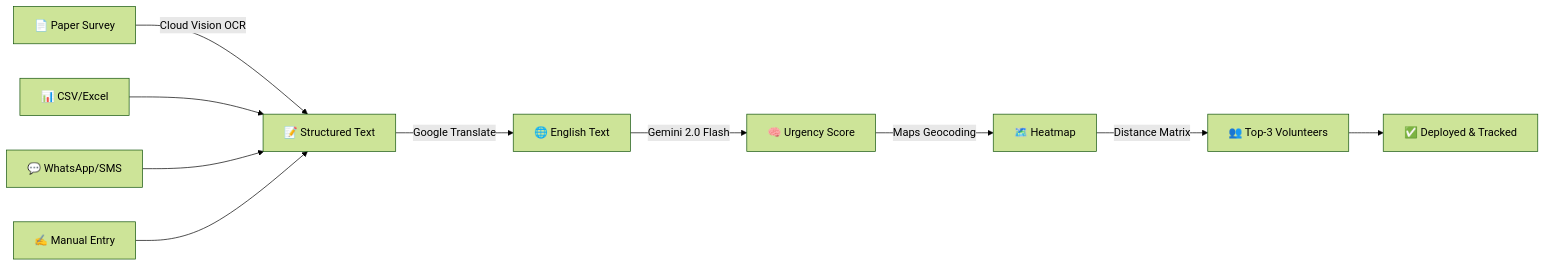
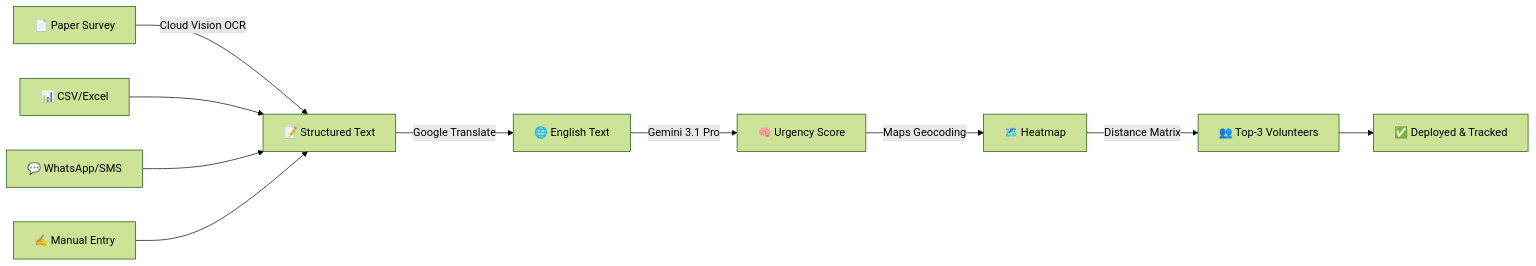
Before and after one commit to d4a1k11s19h8/allocare: the first of 2 diagrams in README.md, drawn with Mermaid (forest theme). The commit also changed other lines of this file, not shown here.

Commit message:
docs: Update README dashes and Gemini version

````diff
--- a/README.md
+++ b/README.md
@@ -25,12 +25,12 @@
 ```mermaid
 graph LR
     A[📄 Paper Survey] -->|Cloud Vision OCR| B[📝 Structured Text]
     C[📊 CSV/Excel] --> B
     D[💬 WhatsApp/SMS] --> B
     E[✍️ Manual Entry] --> B
     B -->|Google Translate| F[🌐 English Text]
-    F -->|Gemini 2.0 Flash| G[🧠 Urgency Score]
+    F -->|Gemini 3.1 Pro| G[🧠 Urgency Score]
     G -->|Maps Geocoding| H[🗺️ Heatmap]
     H -->|Distance Matrix| I[👥 Top-3 Volunteers]
     I --> J[✅ Deployed & Tracked]
 ```
````
